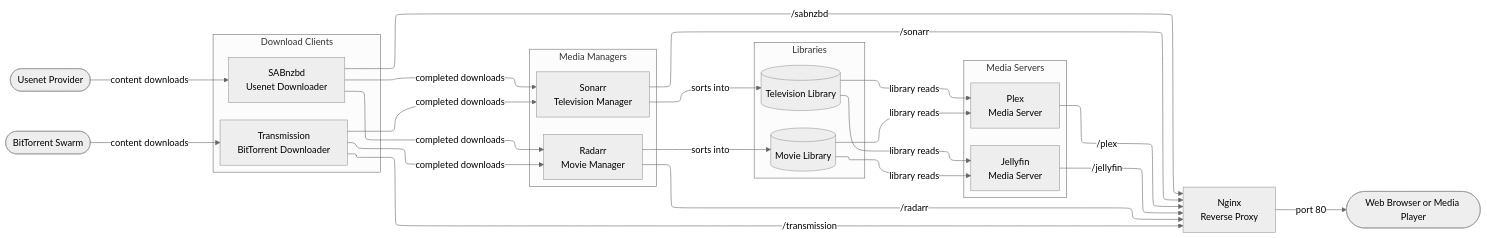
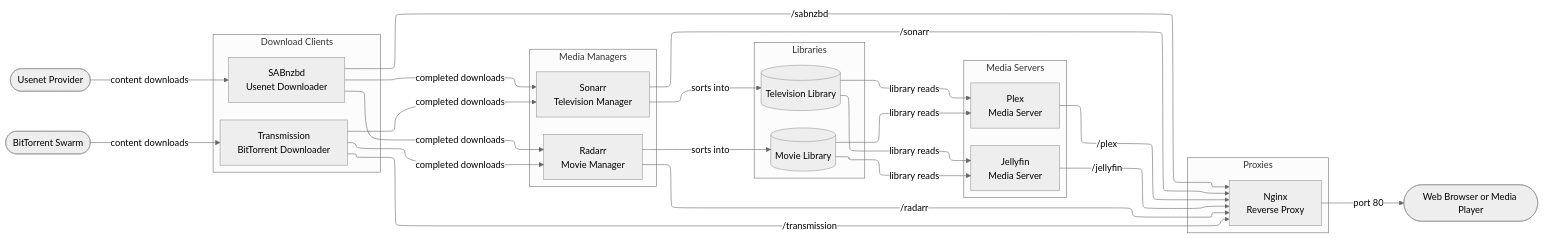
One commit to evinowen/bragi changed the diagram in README.md. Above: the diagram before and after it, drawn with Mermaid (neutral theme).

Commit message:
Wrap Nginx in Proxies subgraph to help ELK center it vertically

````diff
--- a/README.md
+++ b/README.md
@@ -20,54 +20,58 @@
 ```mermaid
 %%{init: {'flowchart': {'defaultRenderer': 'elk'}}}%%
 flowchart LR
     UP([Usenet Provider])
     BT_SRC([BitTorrent Swarm])
 
     subgraph downloaders[Download Clients]
         direction TB
         SAB["SABnzbd<br>Usenet Downloader"]
         TRN["Transmission<br>BitTorrent Downloader"]
     end
 
     subgraph managers[Media Managers]
         direction TB
         SON["Sonarr<br>Television Manager"]
         RAD["Radarr<br>Movie Manager"]
     end
 
     subgraph libraries[Libraries]
         direction TB
         TL[(Television Library)]
         ML[(Movie Library)]
     end
 
     subgraph servers[Media Servers]
         direction TB
         JF["Jellyfin<br>Media Server"]
         PL["Plex<br>Media Server"]
     end
 
-    NGX["Nginx<br>Reverse Proxy"]
+    subgraph proxies[Proxies]
+        direction TB
+        NGX["Nginx<br>Reverse Proxy"]
+    end
+
     CLIENT([Web Browser or Media Player])
 
     UP -->|content downloads| SAB
     BT_SRC -->|content downloads| TRN
     SAB -->|completed downloads| SON
     SAB -->|completed downloads| RAD
     TRN -->|completed downloads| SON
     TRN -->|completed downloads| RAD
     SON -->|sorts into| TL
     RAD -->|sorts into| ML
     TL -->|library reads| JF
     ML -->|library reads| JF
     TL -->|library reads| PL
     ML -->|library reads| PL
 
     SAB -->|/sabnzbd| NGX
     TRN -->|/transmission| NGX
     SON -->|/sonarr| NGX
     RAD -->|/radarr| NGX
     JF -->|/jellyfin| NGX
     PL -->|/plex| NGX
     NGX -->|port 80| CLIENT
 ```
````
